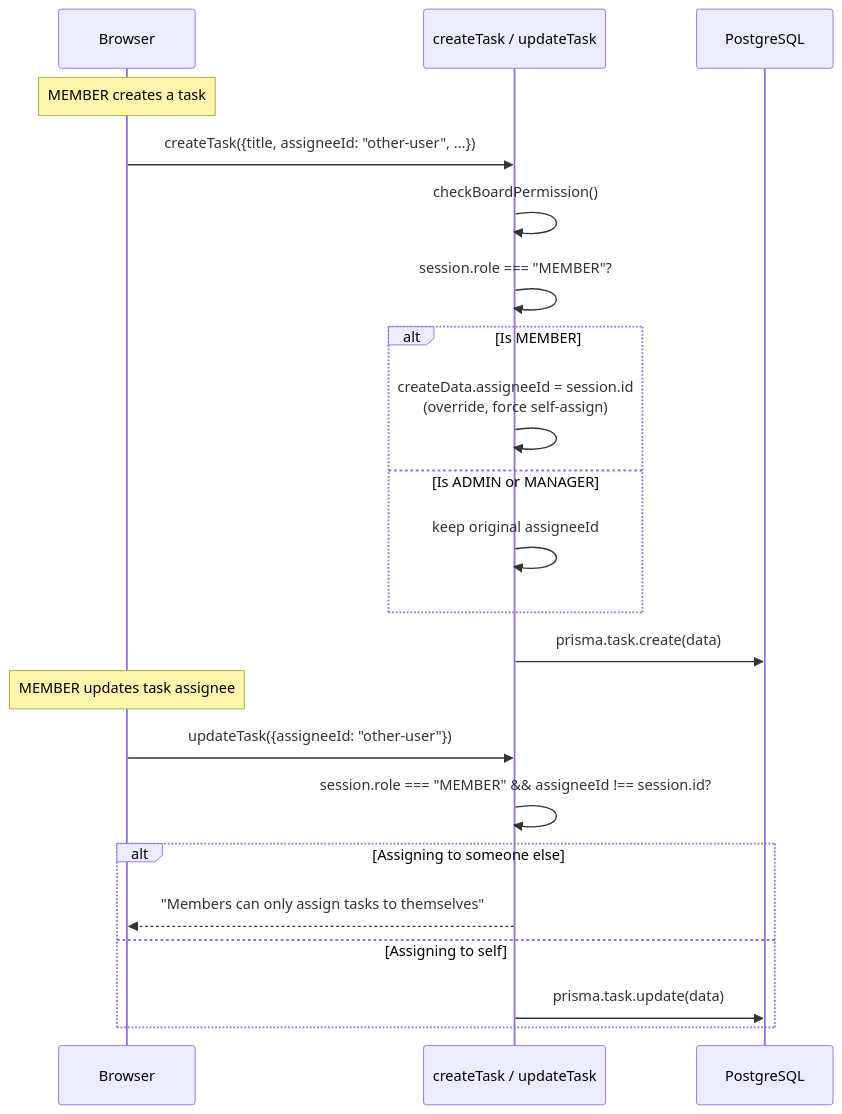
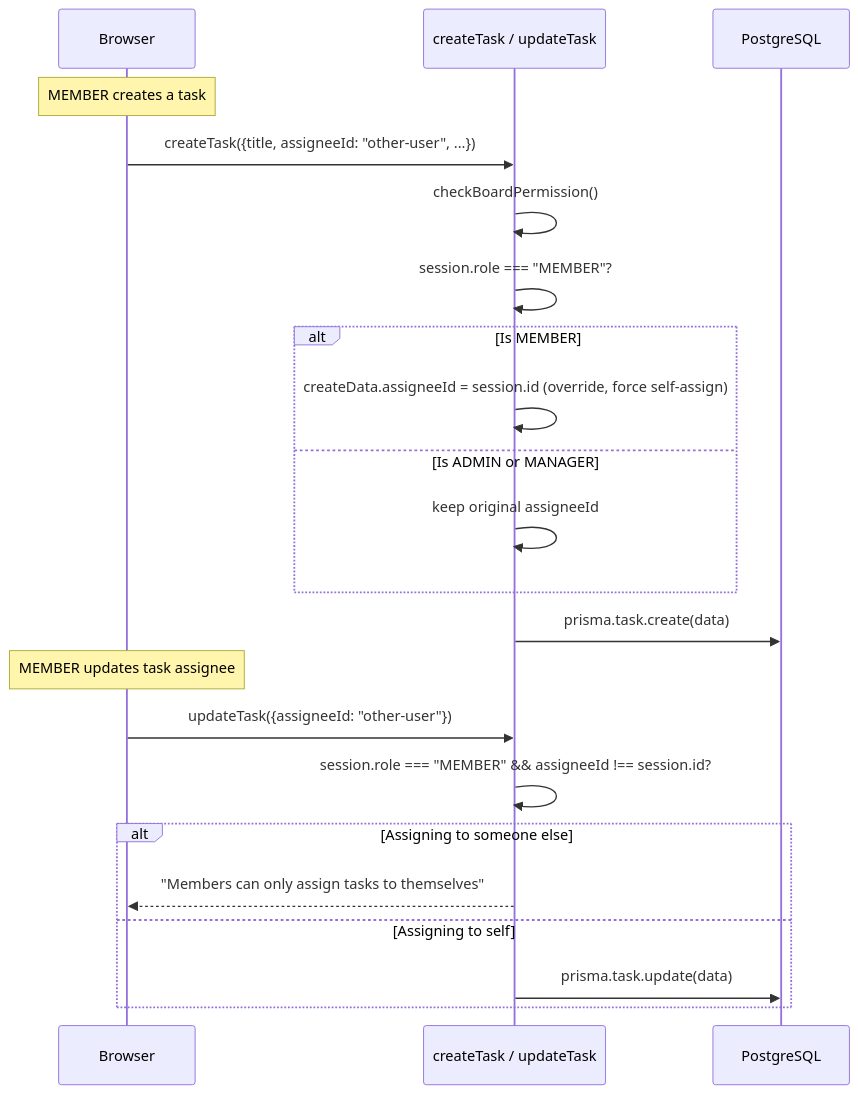
The sixth of 7 diagrams in docs/03-rbac-and-permissions.md (asefahmed500/Smart-Task-App_IIT_DU_Final_Project), drawn with Mermaid before and after one commit. The commit also changed other lines of this file and 8 other files, not shown here.

Commit message:
fix: remove br tags from mermaid diagrams for GitHub rendering

````diff
--- a/docs/03-rbac-and-permissions.md
+++ b/docs/03-rbac-and-permissions.md
@@ -254,28 +254,28 @@
 ```mermaid
 sequenceDiagram
     participant Browser
     participant Action as createTask / updateTask
     participant DB as PostgreSQL
 
     Note over Browser: MEMBER creates a task
 
     Browser->>Action: createTask({title, assigneeId: "other-user", ...})
     Action->>Action: checkBoardPermission()
     Action->>Action: session.role === "MEMBER"?
     alt Is MEMBER
-        Action->>Action: createData.assigneeId = session.id<br/>(override, force self-assign)
+        Action->>Action: createData.assigneeId = session.id (override, force self-assign)
     else Is ADMIN or MANAGER
         Action->>Action: keep original assigneeId
     end
     Action->>DB: prisma.task.create(data)
 
     Note over Browser: MEMBER updates task assignee
 
     Browser->>Action: updateTask({assigneeId: "other-user"})
     Action->>Action: session.role === "MEMBER" && assigneeId !== session.id?
     alt Assigning to someone else
         Action-->>Browser: "Members can only assign tasks to themselves"
     else Assigning to self
         Action->>DB: prisma.task.update(data)
     end
 ```
````
